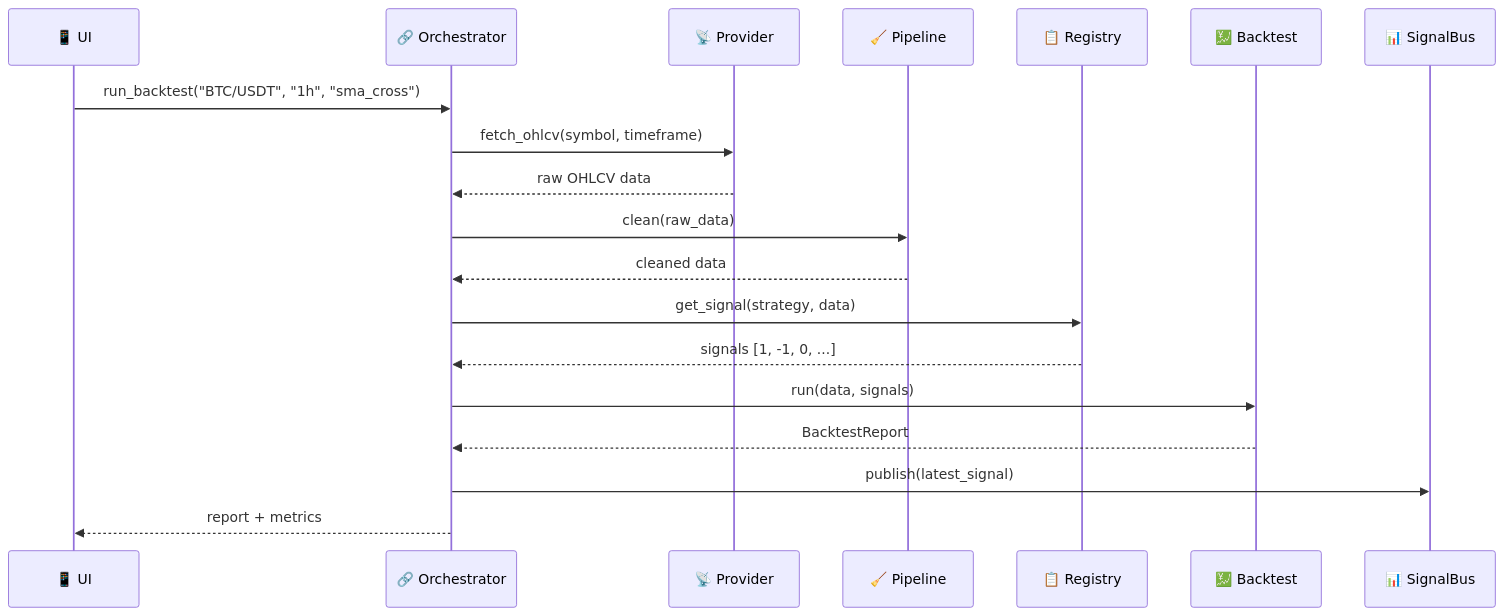
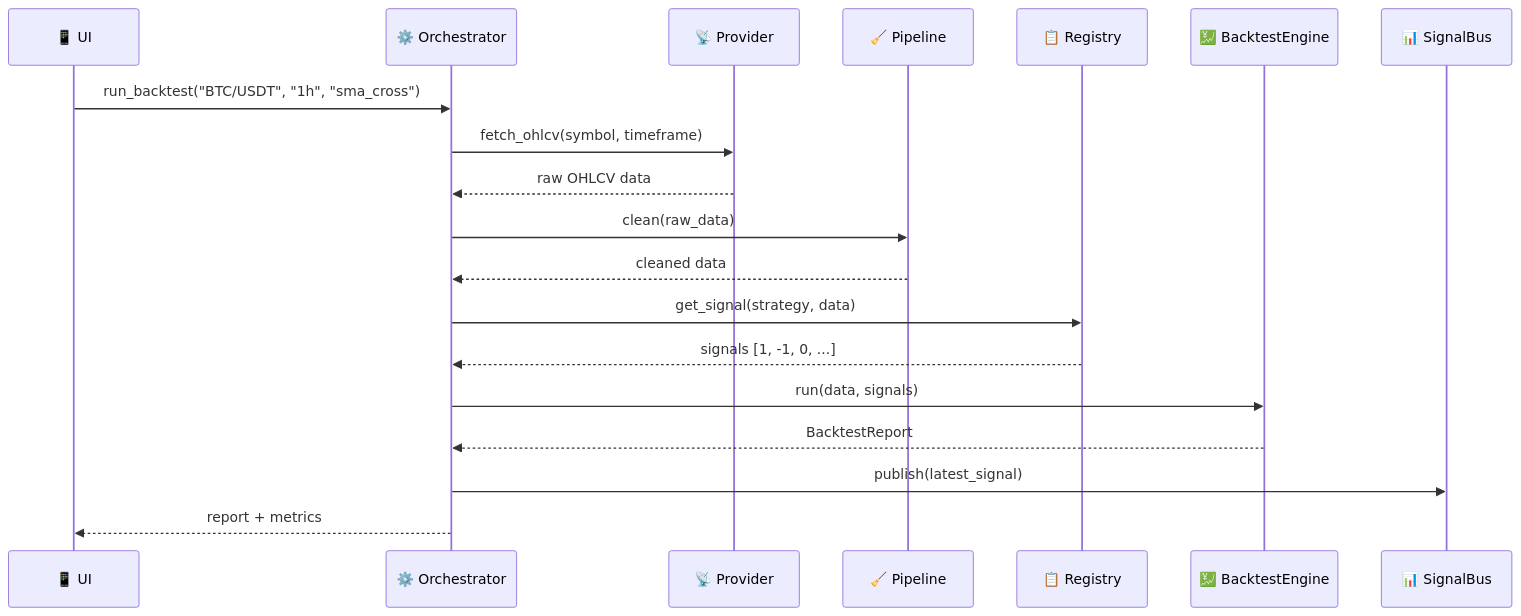
One commit to iiooiioo888/StocksX_V0 changed the second of 2 diagrams in README.md. Above: the diagram before and after it, drawn with Mermaid. The commit also changed other lines of this file and 9 other files, not shown here.

````diff
--- a/README.md
+++ b/README.md
@@ -131,22 +165,22 @@
 ```mermaid
 sequenceDiagram
     participant U as 📱 UI
-    participant O as 🔗 Orchestrator
+    participant O as ⚙️ Orchestrator
     participant P as 📡 Provider
     participant C as 🧹 Pipeline
     participant R as 📋 Registry
-    participant B as 💹 Backtest
+    participant B as 💹 BacktestEngine
     participant S as 📊 SignalBus
 
     U->>O: run_backtest("BTC/USDT", "1h", "sma_cross")
     O->>P: fetch_ohlcv(symbol, timeframe)
     P-->>O: raw OHLCV data
     O->>C: clean(raw_data)
     C-->>O: cleaned data
     O->>R: get_signal(strategy, data)
     R-->>O: signals [1, -1, 0, ...]
     O->>B: run(data, signals)
     B-->>O: BacktestReport
     O->>S: publish(latest_signal)
     O-->>U: report + metrics
 ```
````
